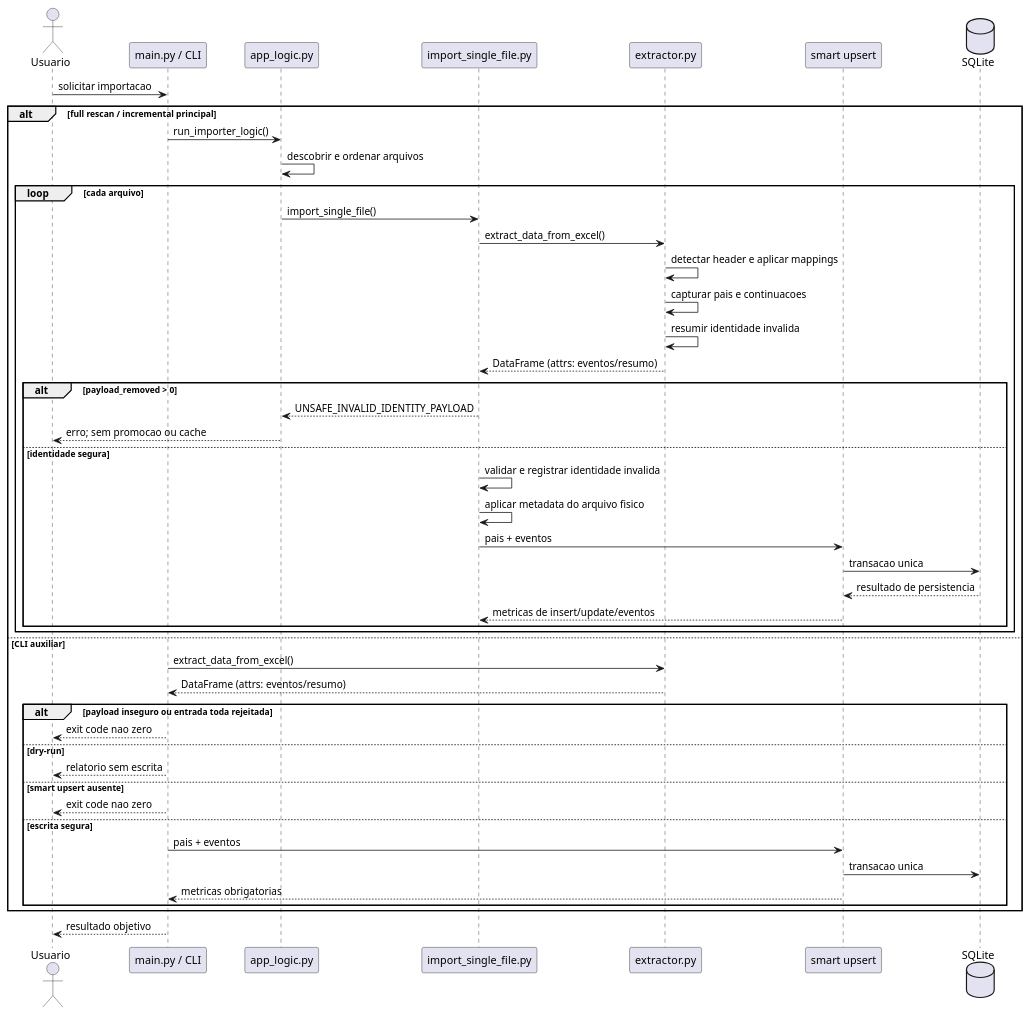
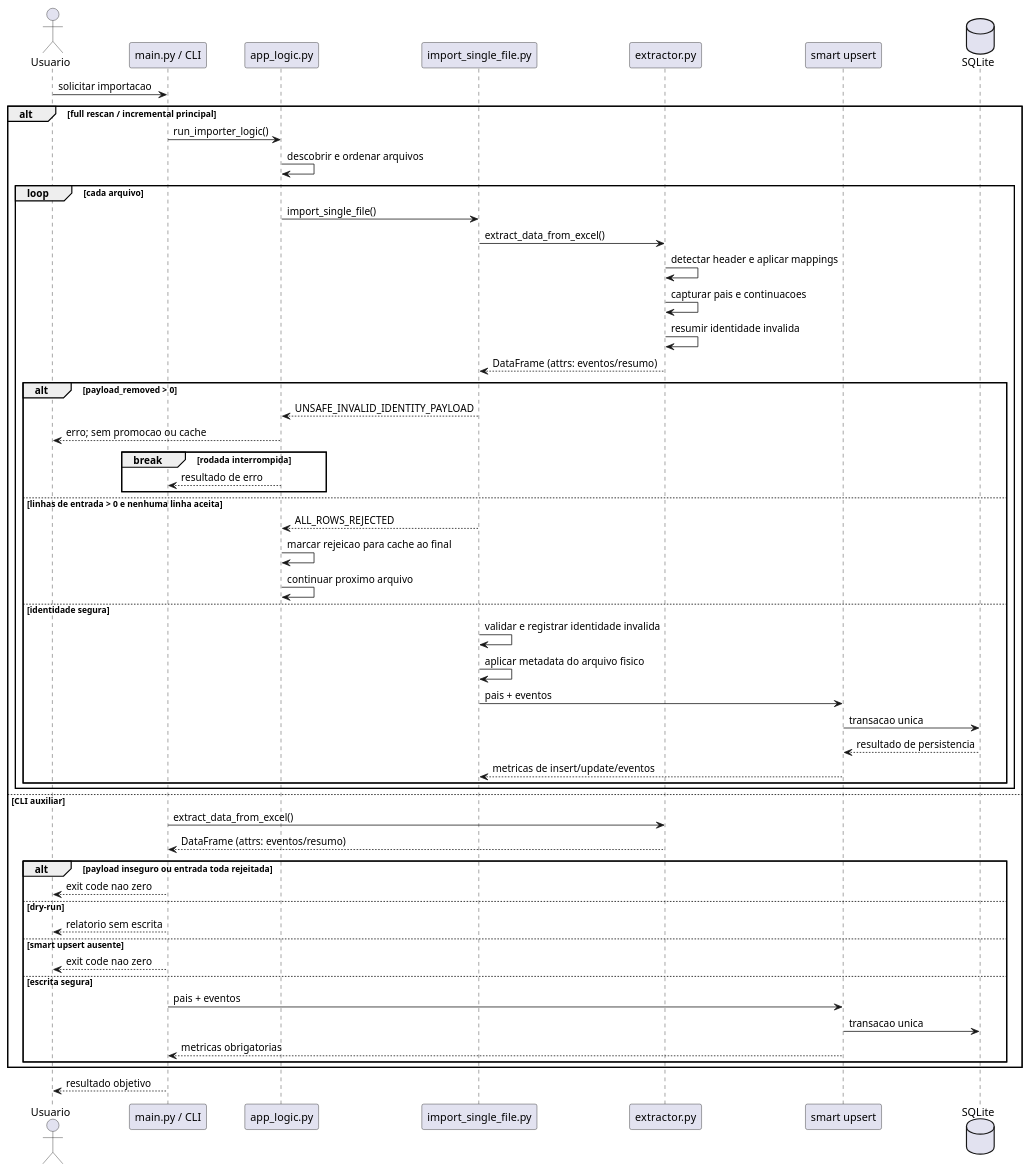
The diagram in docs/diagrams/fluxo_sequencia_importacao.puml (mauriciomenon/SSA_Consulta_Rapida), drawn with PlantUML before and after one commit. The commit also changed 2 other files, not shown here.

Commit message:
DOC_SYNC: address import documentation review

```diff
--- a/docs/diagrams/fluxo_sequencia_importacao.puml
+++ b/docs/diagrams/fluxo_sequencia_importacao.puml
@@ -1,53 +1,60 @@
 @startuml Fluxo_Importacao_Sequencia
 
 actor Usuario
 participant "main.py / CLI" as ENTRY
 participant "app_logic.py" as APP
 participant "import_single_file.py" as IMPORT
 participant "extractor.py" as EXTRACT
 participant "smart upsert" as UPSERT
 database "SQLite" as DB
 
 Usuario -> ENTRY : solicitar importacao
 
 alt full rescan / incremental principal
     ENTRY -> APP : run_importer_logic()
     APP -> APP : descobrir e ordenar arquivos
     loop cada arquivo
         APP -> IMPORT : import_single_file()
         IMPORT -> EXTRACT : extract_data_from_excel()
         EXTRACT -> EXTRACT : detectar header e aplicar mappings
         EXTRACT -> EXTRACT : capturar pais e continuacoes
         EXTRACT -> EXTRACT : resumir identidade invalida
         EXTRACT --> IMPORT : DataFrame (attrs: eventos/resumo)
         alt payload_removed > 0
             IMPORT --> APP : UNSAFE_INVALID_IDENTITY_PAYLOAD
             APP --> Usuario : erro; sem promocao ou cache
+            break rodada interrompida
+                APP --> ENTRY : resultado de erro
+            end
+        else linhas de entrada > 0 e nenhuma linha aceita
+            IMPORT --> APP : ALL_ROWS_REJECTED
+            APP -> APP : marcar rejeicao para cache ao final
+            APP -> APP : continuar proximo arquivo
         else identidade segura
             IMPORT -> IMPORT : validar e registrar identidade invalida
             IMPORT -> IMPORT : aplicar metadata do arquivo fisico
             IMPORT -> UPSERT : pais + eventos
             UPSERT -> DB : transacao unica
             DB --> UPSERT : resultado de persistencia
             UPSERT --> IMPORT : metricas de insert/update/eventos
         end
     end
 else CLI auxiliar
     ENTRY -> EXTRACT : extract_data_from_excel()
     EXTRACT --> ENTRY : DataFrame (attrs: eventos/resumo)
     alt payload inseguro ou entrada toda rejeitada
         ENTRY --> Usuario : exit code nao zero
     else dry-run
         ENTRY --> Usuario : relatorio sem escrita
     else smart upsert ausente
         ENTRY --> Usuario : exit code nao zero
     else escrita segura
         ENTRY -> UPSERT : pais + eventos
         UPSERT -> DB : transacao unica
         UPSERT --> ENTRY : metricas obrigatorias
     end
 end
 
 ENTRY --> Usuario : resultado objetivo
 
 @enduml
```
